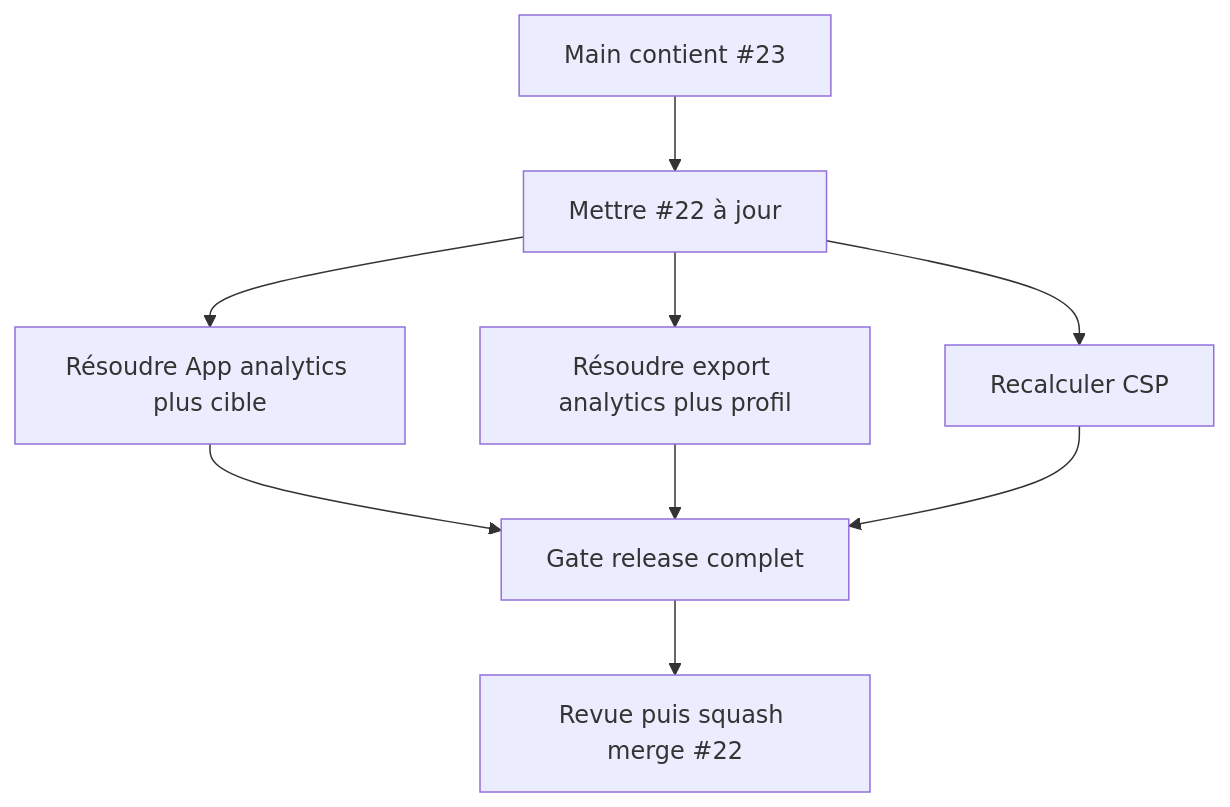
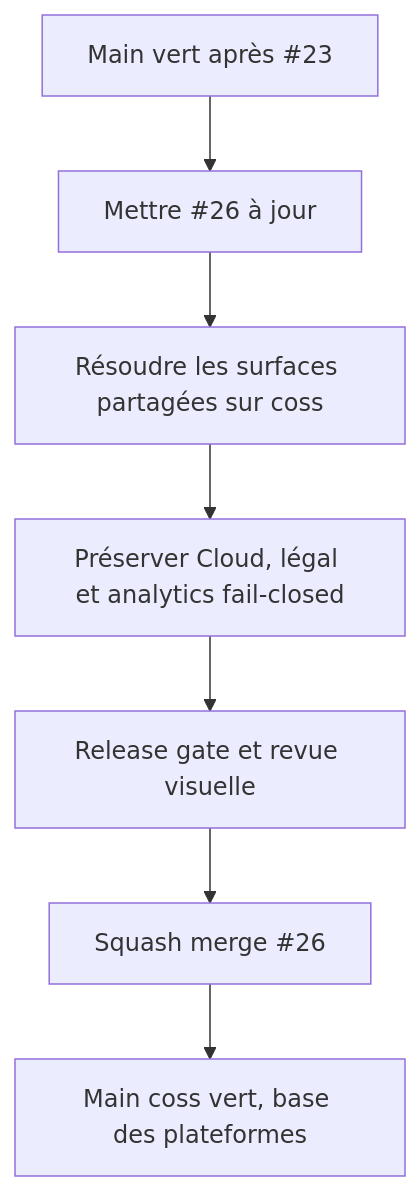
One commit to neogenz/screenforge changed the first of 2 diagrams in aidd_docs/tasks/2026_08/2026_08_22_integrate-open-pull-requests/phase-3.md. Above: the diagram before and after it, drawn with Mermaid. The commit also changed other lines of this file and 8 other files, not shown here.

````diff
--- a/aidd_docs/tasks/2026_08/2026_08_22_integrate-open-pull-requests/phase-3.md
+++ b/aidd_docs/tasks/2026_08/2026_08_22_integrate-open-pull-requests/phase-3.md
@@ -33,11 +29,9 @@
 ```mermaid
 flowchart TD
-  A[Main contient #23] --> B[Mettre #22 à jour]
-  B --> C[Résoudre App analytics plus cible]
-  B --> D[Résoudre export analytics plus profil]
-  B --> E[Recalculer CSP]
-  C --> F[Gate release complet]
-  D --> F
-  E --> F
-  F --> G[Revue puis squash merge #22]
+  A[Main vert après #23] --> B[Mettre #26 à jour]
+  B --> C[Résoudre les surfaces partagées sur coss]
+  C --> D[Préserver Cloud, légal et analytics fail-closed]
+  D --> E[Release gate et revue visuelle]
+  E --> F[Squash merge #26]
+  F --> G[Main coss vert, base des plateformes]
 ```
````
